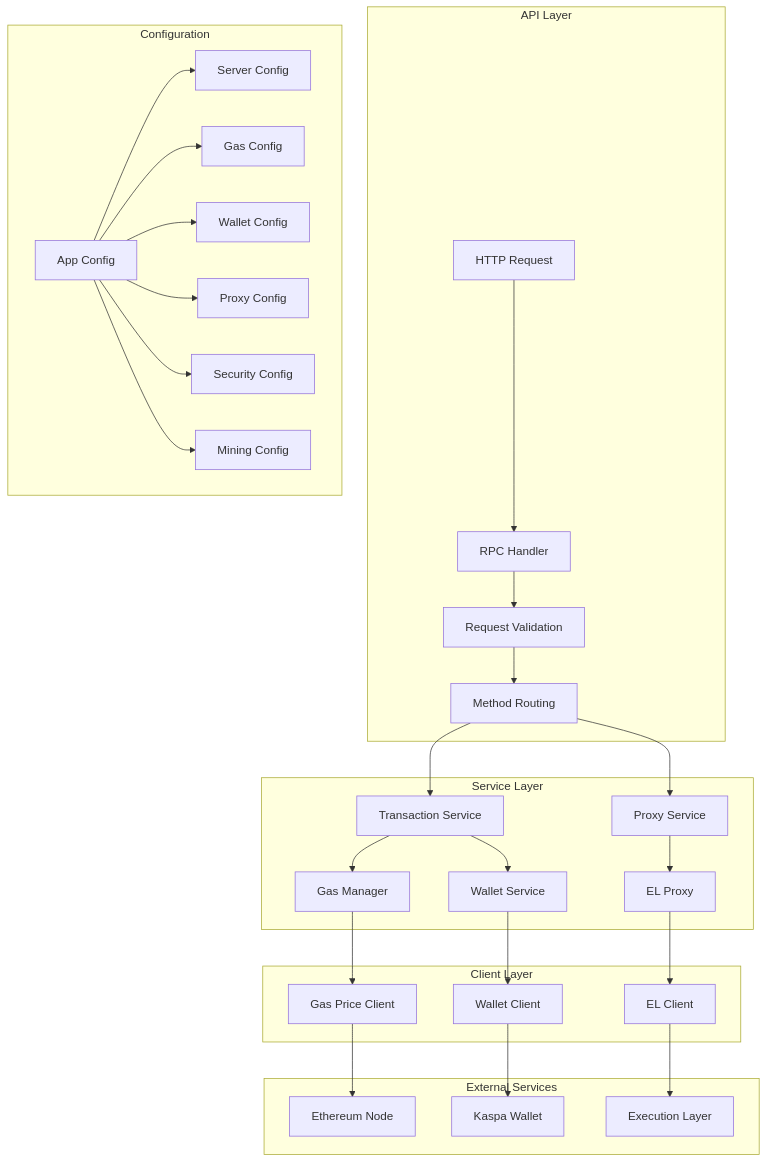
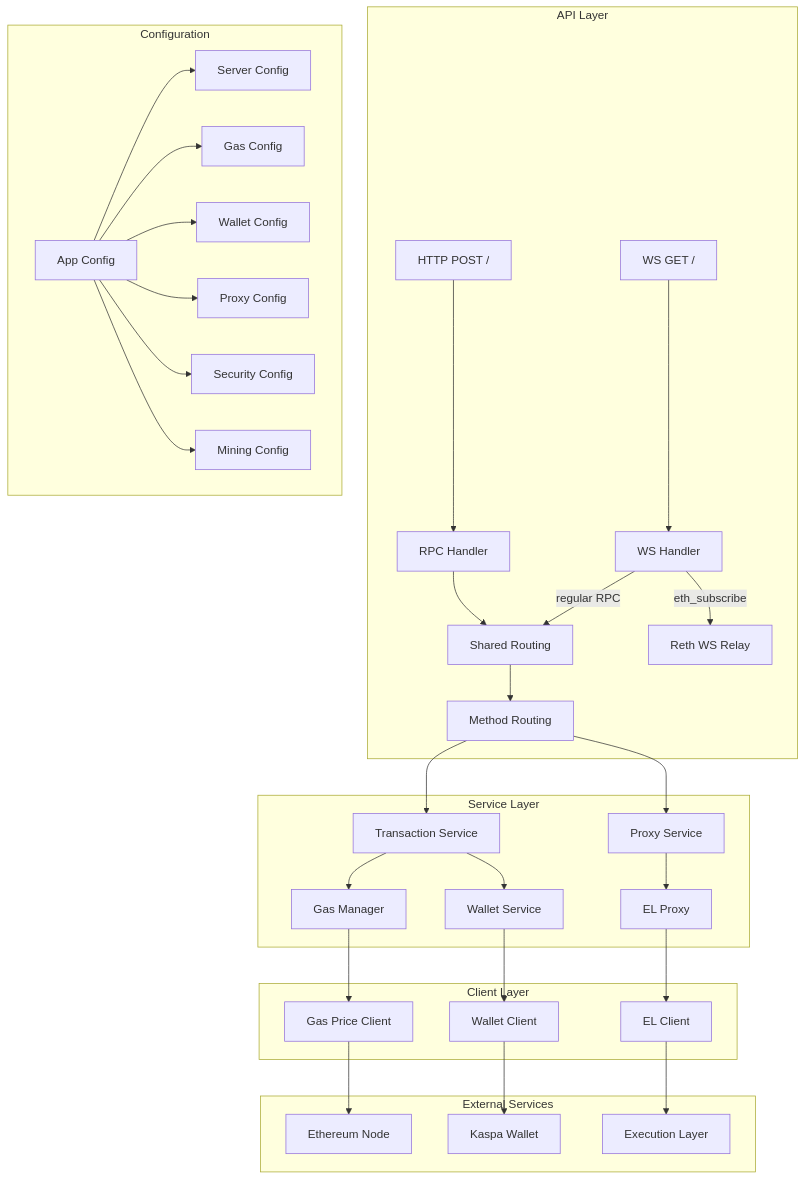
Before and after one commit to IgraLabs/igra-rpc-provider: the first of 5 diagrams in doc/architecture.md, drawn with Mermaid. The commit also changed other lines of this file and 11 other files, not shown here.

First line of the commit message:
[ENG-766] feat: add WebSocket support with shared routing

````diff
--- a/doc/architecture.md
+++ b/doc/architecture.md
@@ -28,37 +28,40 @@
 ```mermaid
 graph TB
     subgraph "API Layer"
-        A[HTTP Request] --> B[RPC Handler]
-        B --> C[Request Validation]
+        A[HTTP POST /] --> B[RPC Handler]
+        A2[WS GET /] --> B2[WS Handler]
+        B --> C[Shared Routing]
+        B2 -->|regular RPC| C
+        B2 -->|eth_subscribe| D2[Reth WS Relay]
         C --> D[Method Routing]
     end
     
     subgraph "Service Layer"
         D --> E[Transaction Service]
         D --> F[Proxy Service]
         E --> G[Gas Manager]
         E --> H[Wallet Service]
         F --> I[EL Proxy]
     end
     
     subgraph "Client Layer"
         G --> J[Gas Price Client]
         H --> K[Wallet Client]
         I --> L[EL Client]
     end
     
     subgraph "External Services"
         J --> M[Ethereum Node]
         K --> N[Kaspa Wallet]
         L --> O[Execution Layer]
     end
     
     subgraph "Configuration"
         P[App Config] --> Q[Server Config]
         P --> R[Gas Config]
         P --> S[Wallet Config]
         P --> T[Proxy Config]
         P --> U[Security Config]
         P --> V[Mining Config]
     end
 ```
````
